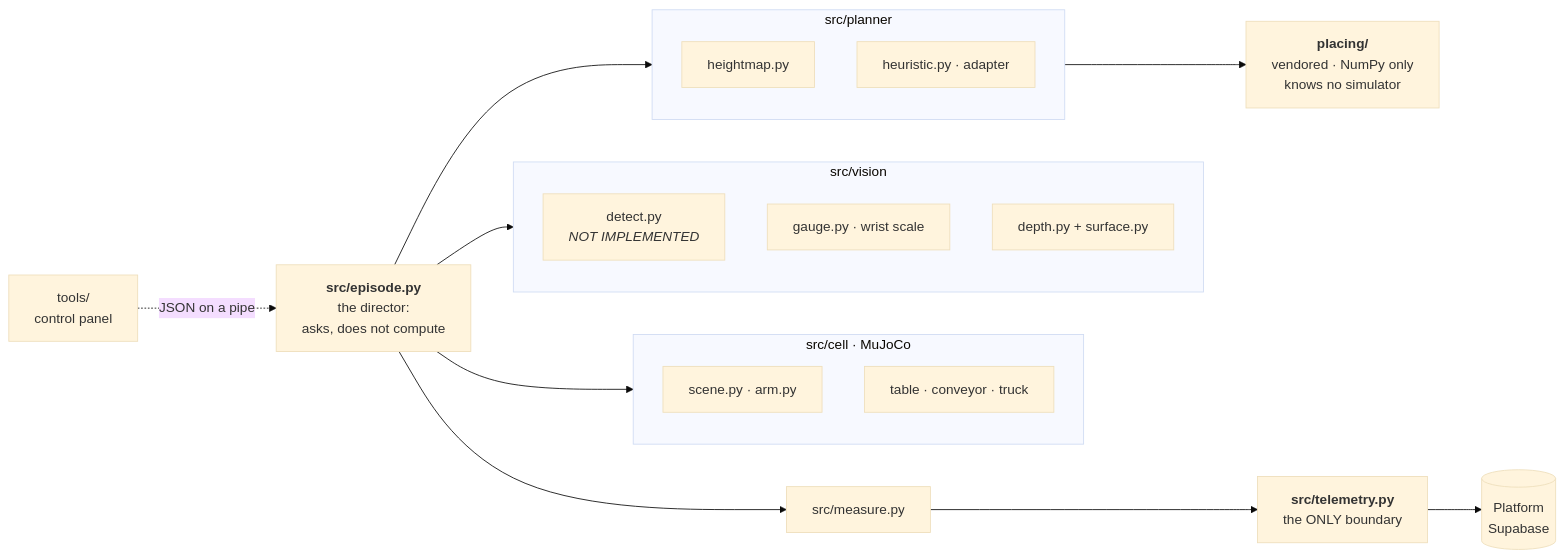
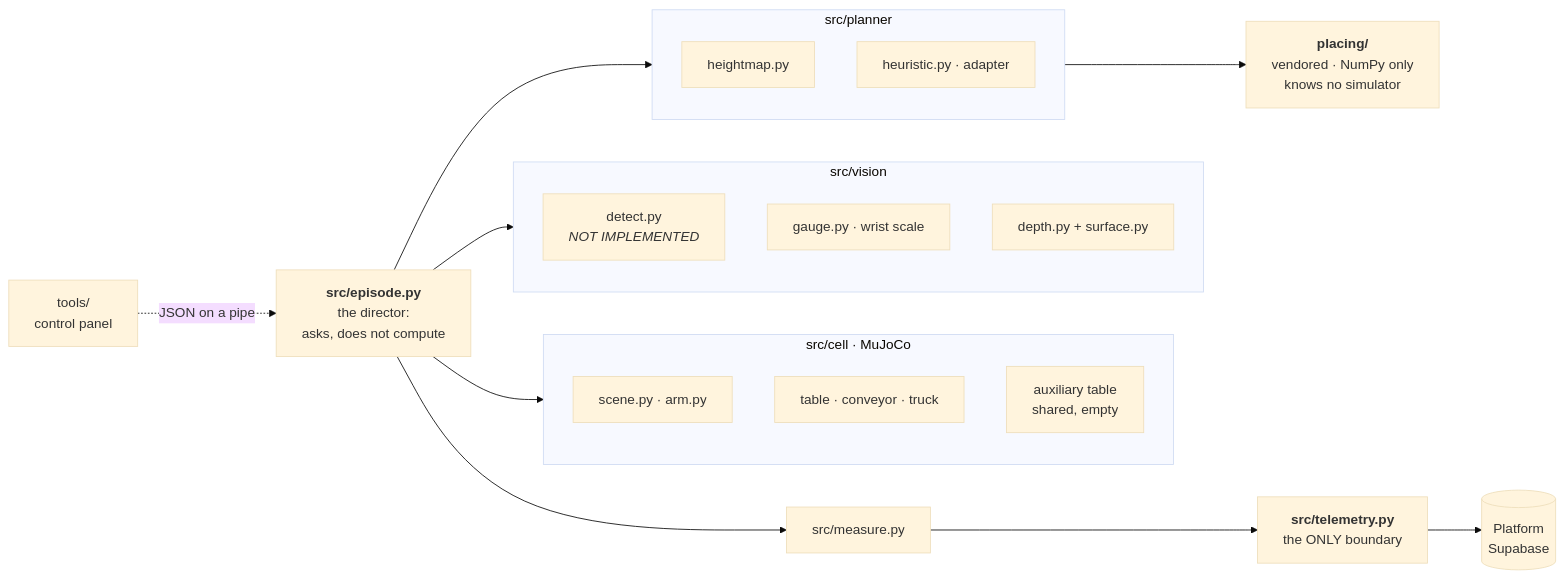
One commit to STACKSPECT/Simulation changed the second of 2 diagrams in README.md. Above: the diagram before and after it, drawn with Mermaid (base theme). The commit also changed 8 other files, not shown here.

````diff
--- a/README.md
+++ b/README.md
@@ -197,30 +197,31 @@
 ```mermaid
 flowchart LR
     PAN["tools/<br>control panel"] -. "JSON on a pipe" .-> EP
     EP["<b>src/episode.py</b><br>the director:<br>asks, does not compute"]
     EP --> CEL
     EP --> VIS
     EP --> PLN
     EP --> MEA
 
     subgraph CEL["src/cell · MuJoCo"]
         direction TB
         ARM["scene.py · arm.py"]
         SUP["table · conveyor · truck"]
+        AUX["auxiliary table<br>shared, empty"]
     end
     subgraph VIS["src/vision"]
         direction TB
         DET["detect.py<br><i>NOT IMPLEMENTED</i>"]
         GAU["gauge.py · wrist scale"]
         DEP["depth.py + surface.py"]
     end
     subgraph PLN["src/planner"]
         direction TB
         HM["heightmap.py"]
         HEU["heuristic.py · adapter"]
     end
 
     HEU --> PLC["<b>placing/</b><br>vendored · NumPy only<br>knows no simulator"]
     MEA["src/measure.py"] --> TEL["<b>src/telemetry.py</b><br>the ONLY boundary"]
     TEL --> PLT[("Platform<br>Supabase")]
 ```
````
